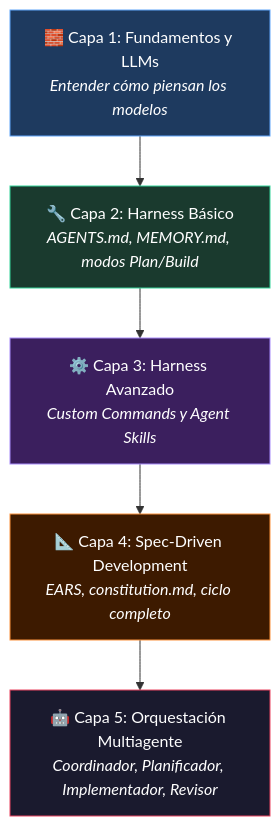
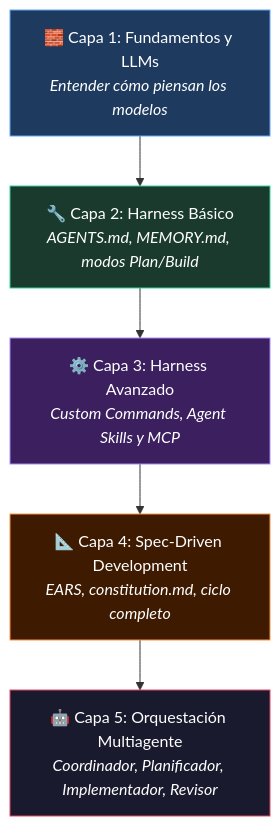
The diagram in Informática/📂Desarrollo con IA/📂Curso - El Nuevo Programador/00 - MOC Curso Desarrollo con IA.md (izann06/Apuntes-Tecnicos-Obsidian), drawn with Mermaid before and after one commit. The commit also changed other lines of this file and 42 other files, not shown here.

````diff
--- a/Informática/📂Desarrollo con IA/📂Curso - El Nuevo Programador/00 - MOC Curso Desarrollo con IA.md
+++ b/Informática/📂Desarrollo con IA/📂Curso - El Nuevo Programador/00 - MOC Curso Desarrollo con IA.md
@@ -14,16 +14,16 @@
 ```mermaid
 flowchart TD
     A["🧱 Capa 1: Fundamentos y LLMs\n<i>Entender cómo piensan los modelos</i>"]
     B["🔧 Capa 2: Harness Básico\n<i>AGENTS.md, MEMORY.md, modos Plan/Build</i>"]
-    C["⚙️ Capa 3: Harness Avanzado\n<i>Custom Commands y Agent Skills</i>"]
+    C["⚙️ Capa 3: Harness Avanzado\n<i>Custom Commands, Agent Skills y MCP</i>"]
     D["📐 Capa 4: Spec-Driven Development\n<i>EARS, constitution.md, ciclo completo</i>"]
     E["🤖 Capa 5: Orquestación Multiagente\n<i>Coordinador, Planificador, Implementador, Revisor</i>"]
 
     A --> B --> C --> D --> E
 
     style A fill:#1e3a5f,stroke:#60a5fa,color:#fff
     style B fill:#1a3a2e,stroke:#34d399,color:#fff
     style C fill:#3b1f5e,stroke:#a78bfa,color:#fff
     style D fill:#3d1a00,stroke:#fb923c,color:#fff
     style E fill:#1a1a2e,stroke:#e94560,color:#fff
 ```
````
